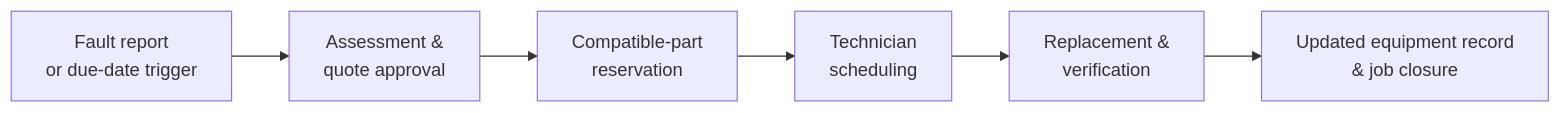
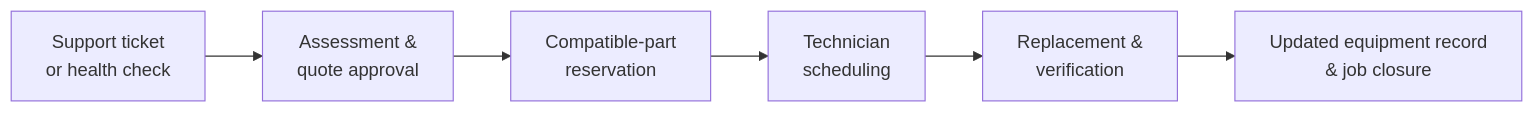
Before and after one commit to SolarCare-school-project/SolarCare: the first of 3 diagrams in docs/Solar_Panel_Replacement_Business_Architecture_MTM0302.md, drawn with Mermaid. The commit also changed other lines of this file and 3 other files, not shown here.

Commit message:
Remove planned replacement, so a part is replaced only after a health check or a technician visit

````diff
--- a/docs/Solar_Panel_Replacement_Business_Architecture_MTM0302.md
+++ b/docs/Solar_Panel_Replacement_Business_Architecture_MTM0302.md
@@ -59,8 +59,8 @@
 ```mermaid
 flowchart LR
-    A[Fault report<br/>or due-date trigger] --> B[Assessment &<br/>quote approval]
+    A[Support ticket<br/>or health check] --> B[Assessment &<br/>quote approval]
     B --> C[Compatible-part<br/>reservation]
     C --> D[Technician<br/>scheduling]
     D --> E[Replacement &<br/>verification]
     E --> F[Updated equipment record<br/>& job closure]
 ```
````
